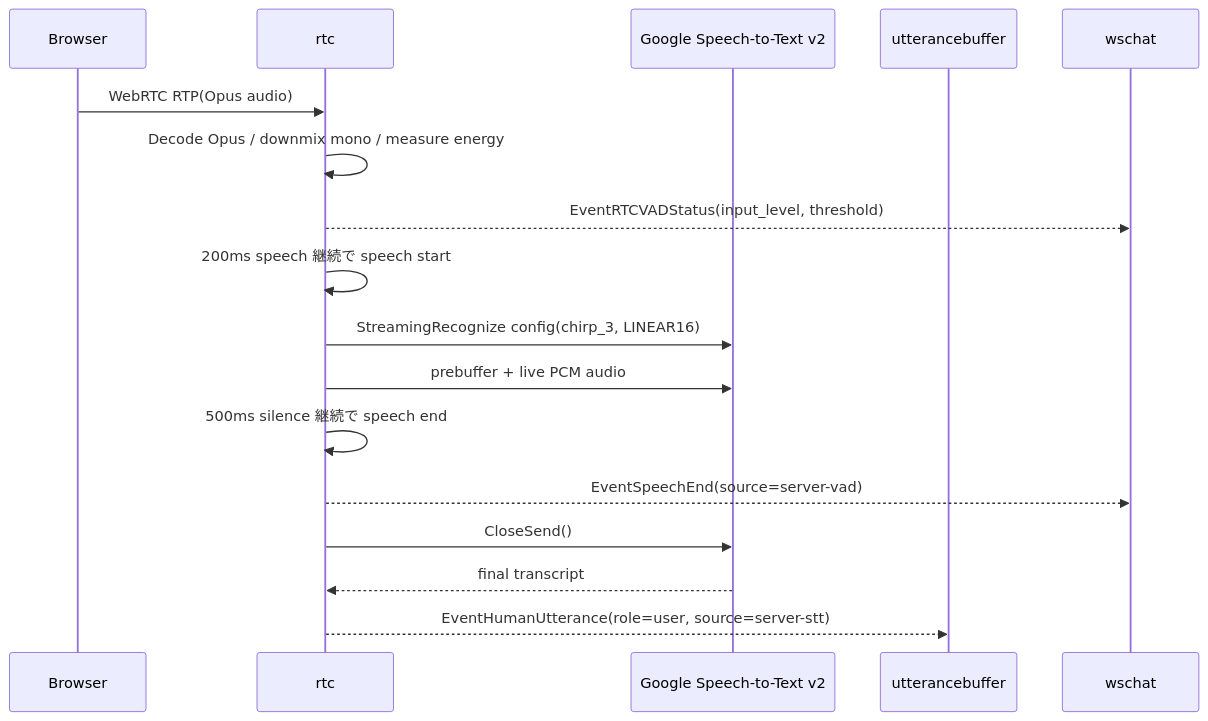
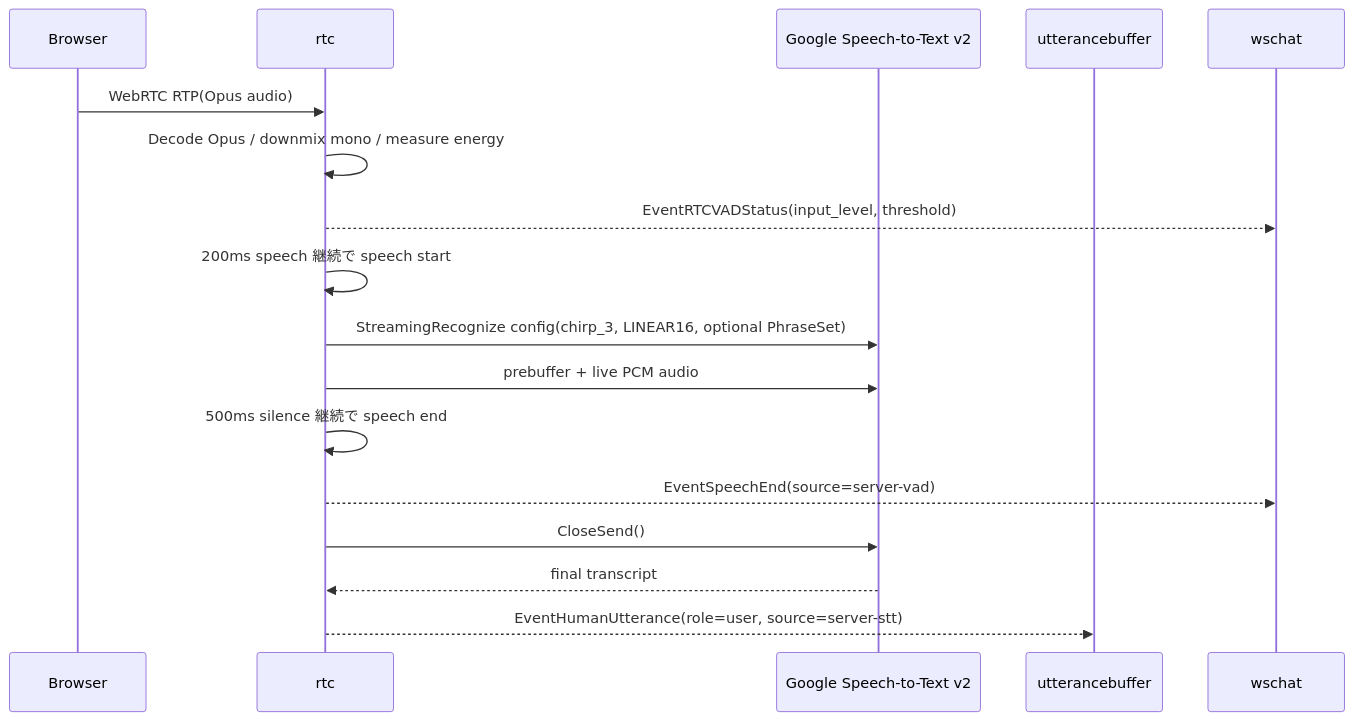
The second of 3 diagrams in docs/components/rtc.md (tetetratra/smart-speaker), drawn with Mermaid before and after one commit. The commit also changed other lines of this file, not shown here.

Commit message:
docs: document STT PhraseSet hints

````diff
--- a/docs/components/rtc.md
+++ b/docs/components/rtc.md
@@ -99,20 +102,20 @@
 ```mermaid
 sequenceDiagram
   participant Browser
   participant RTC as rtc
   participant STT as Google Speech-to-Text v2
   participant UB as utterancebuffer
   participant WS as wschat
 
   Browser->>RTC: WebRTC RTP(Opus audio)
   RTC->>RTC: Decode Opus / downmix mono / measure energy
   RTC-->>WS: EventRTCVADStatus(input_level, threshold)
   RTC->>RTC: 200ms speech 継続で speech start
-  RTC->>STT: StreamingRecognize config(chirp_3, LINEAR16)
+  RTC->>STT: StreamingRecognize config(chirp_3, LINEAR16, optional PhraseSet)
   RTC->>STT: prebuffer + live PCM audio
   RTC->>RTC: 500ms silence 継続で speech end
   RTC-->>WS: EventSpeechEnd(source=server-vad)
   RTC->>STT: CloseSend()
   STT-->>RTC: final transcript
   RTC-->>UB: EventHumanUtterance(role=user, source=server-stt)
 ```
````
